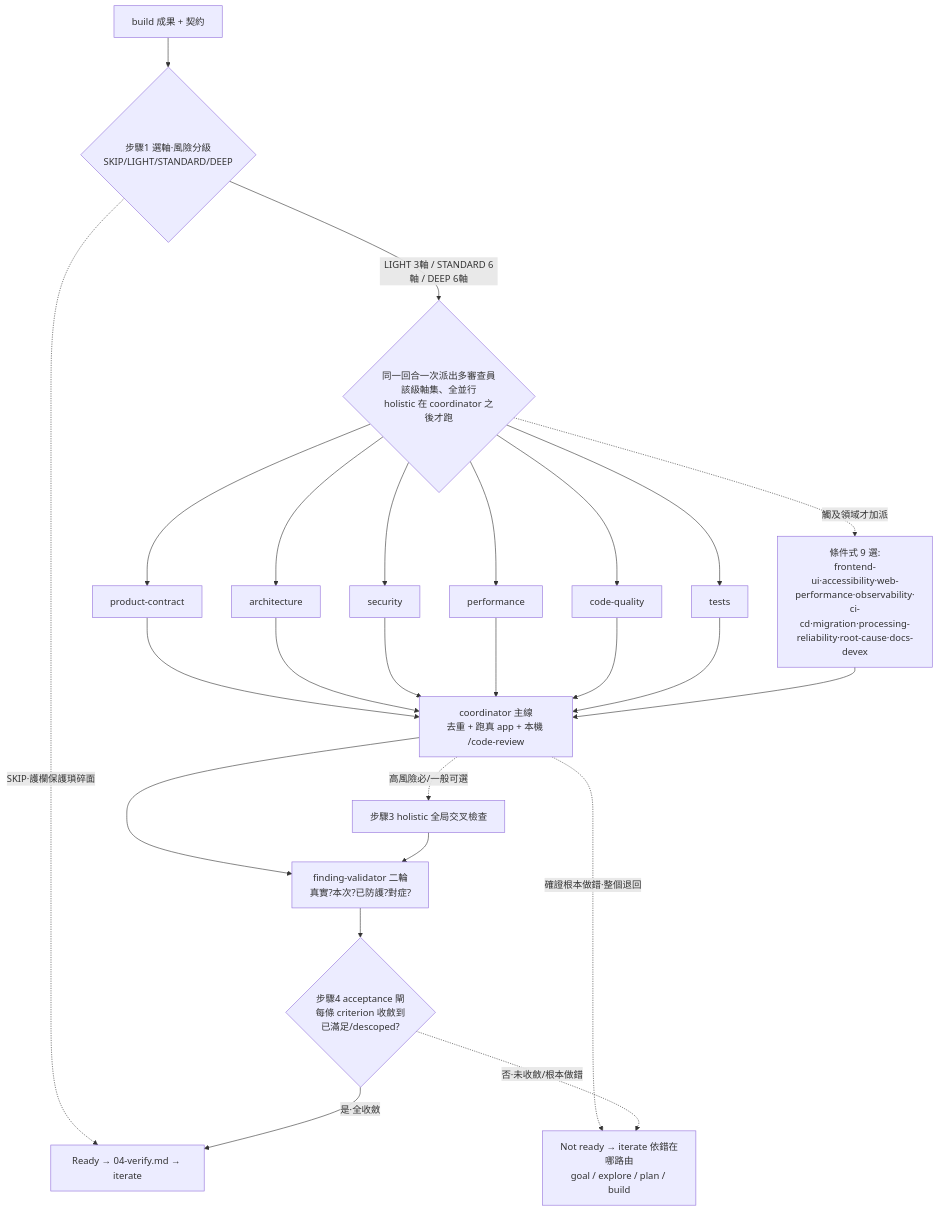
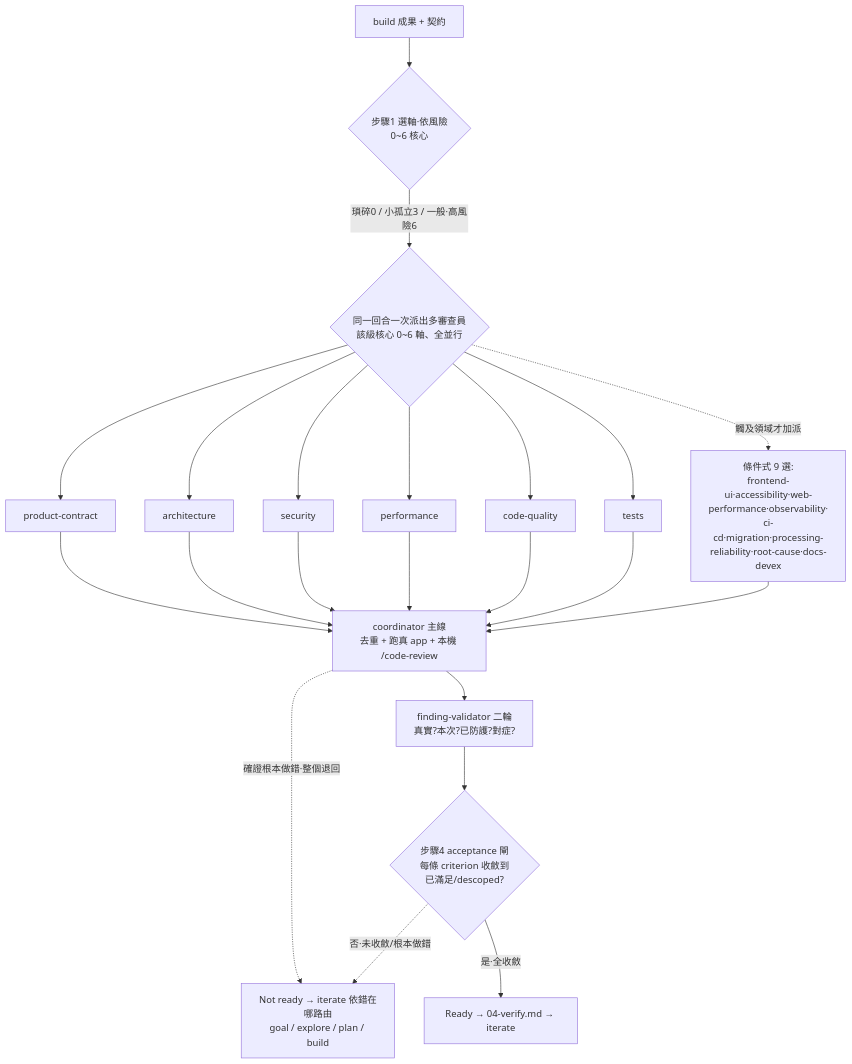
Before and after one commit to adha9990/dev-workflows: the third of 3 diagrams in plugins/loops-workflow/docs/FLOW.md, drawn with Mermaid. The commit also changed other lines of this file and 8 other files, not shown here.

First line of the commit message:
refactor(verify): 收斂成「依風險 0~6 核心 + N conditional」— 移除 holistic 與 SKIP 護欄

````diff
--- a/plugins/loops-workflow/docs/FLOW.md
+++ b/plugins/loops-workflow/docs/FLOW.md
@@ -165,21 +165,18 @@
 ```mermaid
 flowchart TD
-    BUILD[build 成果 + 契約] --> TR{步驟1 選軸·風險分級<br/>SKIP/LIGHT/STANDARD/DEEP}
-    TR -.SKIP·護欄保護瑣碎面.-> OUT
-    TR -->|LIGHT 3軸 / STANDARD 6軸 / DEEP 6軸| FAN{同一回合一次派出多審查員<br/>該級軸集、全並行<br/>holistic 在 coordinator 之後才跑}
+    BUILD[build 成果 + 契約] --> TR{步驟1 選軸·依風險<br/>0~6 核心}
+    TR -->|瑣碎0 / 小孤立3 / 一般·高風險6| FAN{同一回合一次派出多審查員<br/>該級核心 0~6 軸、全並行}
     FAN --> C1[product-contract]
     FAN --> C2[architecture]
     FAN --> C3[security]
     FAN --> C4[performance]
     FAN --> C5[code-quality]
     FAN --> C6[tests]
     FAN -.觸及領域才加派.-> COND[條件式 9 選:<br/>frontend-ui·accessibility·web-performance·observability·<br/>ci-cd·migration·processing-reliability·root-cause·docs-devex]
     C1 & C2 & C3 & C4 & C5 & C6 & COND --> CO[coordinator 主線<br/>去重 + 跑真 app + 本機 /code-review]
     CO -.確證根本做錯·整個退回.-> ITER
-    CO -.高風險必/一般可選.-> HOL[步驟3 holistic 全局交叉檢查]
     CO --> FV[finding-validator 二輪<br/>真實?本次?已防護?對症?]
-    HOL --> FV
     FV --> AC{步驟4 acceptance 閘<br/>每條 criterion 收斂到<br/>已滿足/descoped?}
     AC -.否·未收斂/根本做錯.-> ITER[Not ready → iterate 依錯在哪路由<br/>goal / explore / plan / build]
     AC -->|是·全收斂| OUT[Ready → 04-verify.md → iterate]
 ```
````
